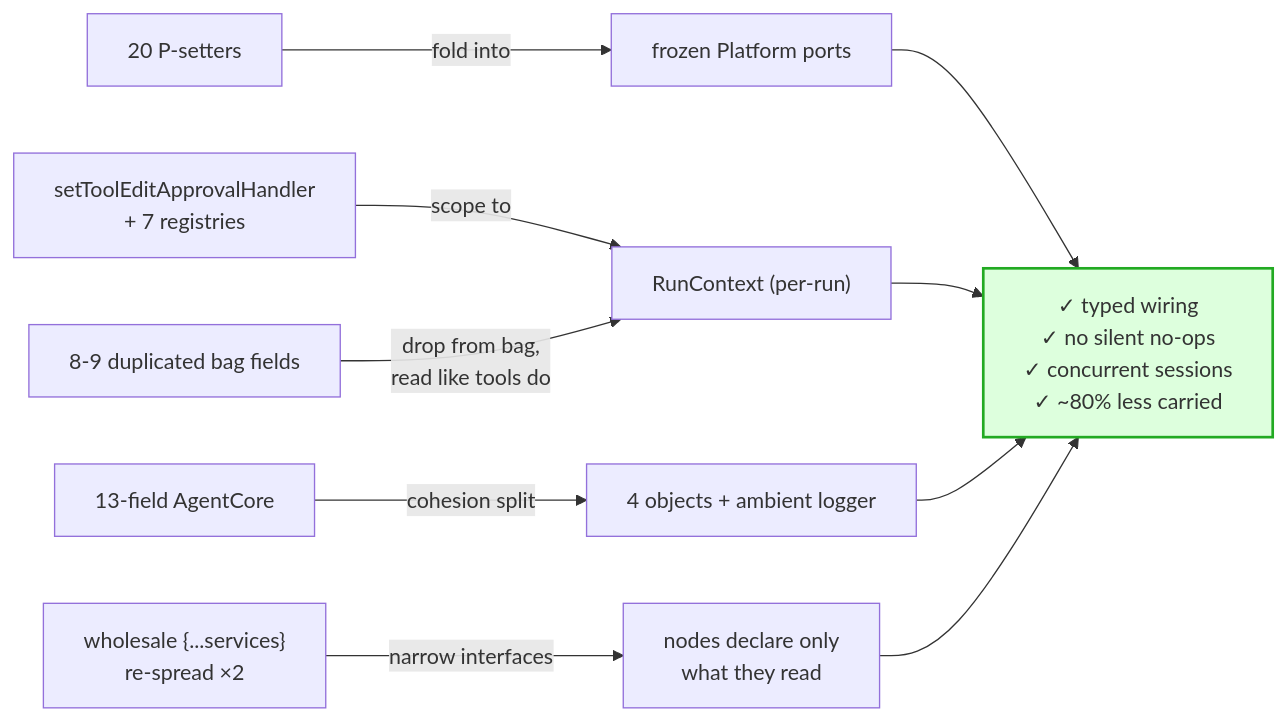
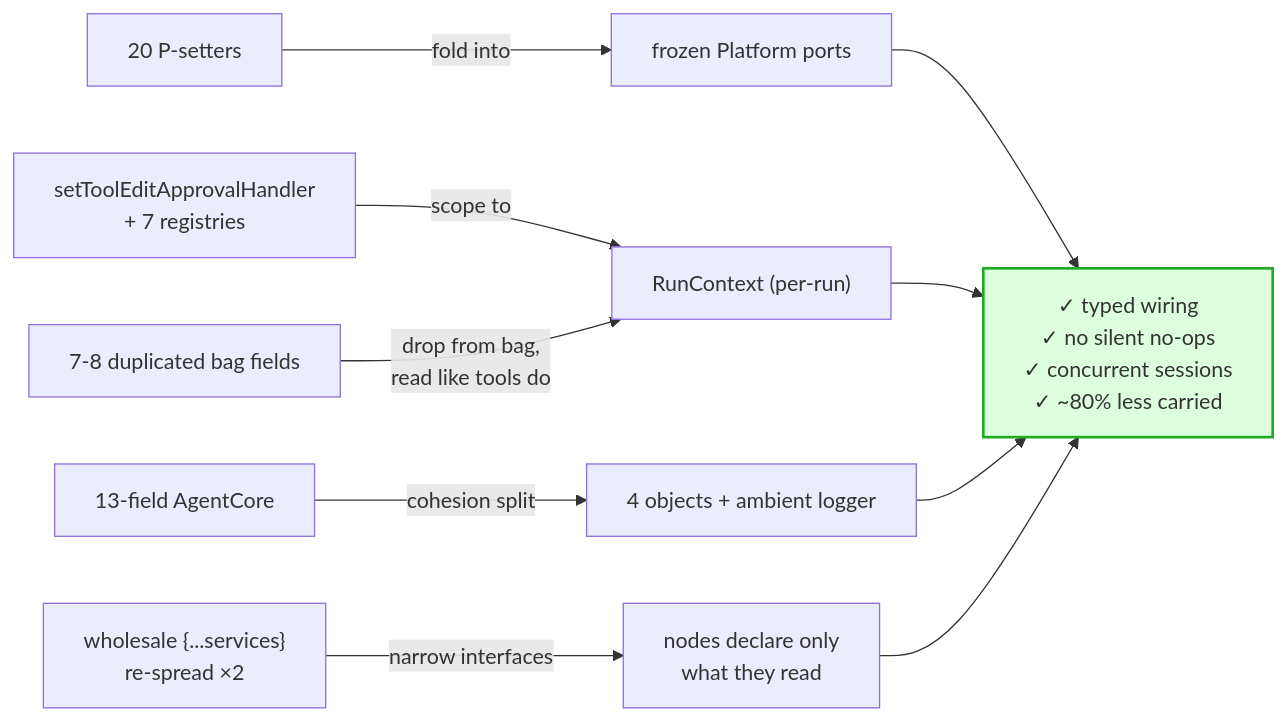
The seventh of 7 diagrams in docs/proposals/dependency-injection-cleanup.md (LionSR/TeXRA), drawn with Mermaid before and after one commit. The commit also changed other lines of this file, not shown here.

````diff
--- a/docs/proposals/dependency-injection-cleanup.md
+++ b/docs/proposals/dependency-injection-cleanup.md
@@ -291,15 +291,15 @@
 ```mermaid
 flowchart LR
     P1["20 P-setters"] -->|fold into| PORTS["frozen Platform ports"]
     P2["setToolEditApprovalHandler\n+ 7 registries"] -->|scope to| RUN["RunContext (per-run)"]
-    P3["8-9 duplicated bag fields"] -->|drop from bag,\nread like tools do| RUN
+    P3["7-8 duplicated bag fields"] -->|drop from bag,\nread like tools do| RUN
     P4["13-field AgentCore"] -->|cohesion split| FOUR["4 objects + ambient logger"]
     P5["wholesale {...services}\nre-spread ×2"] -->|narrow interfaces| ISP["nodes declare only\nwhat they read"]
 
     PORTS --> WIN["✓ typed wiring\n✓ no silent no-ops\n✓ concurrent sessions\n✓ ~80% less carried"]
     RUN --> WIN
     FOUR --> WIN
     ISP --> WIN
 
     style WIN fill:#dfd,stroke:#2a2,stroke-width:2px
 ```
````
